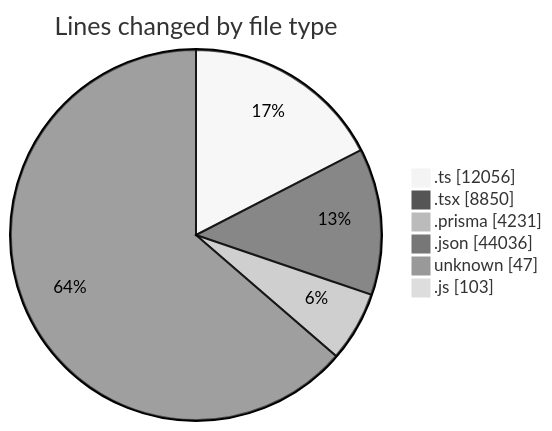
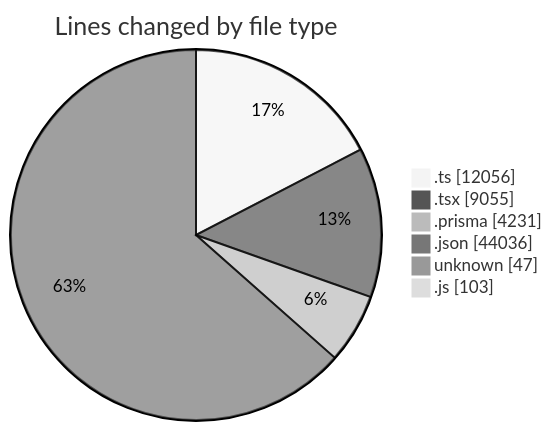
One commit to CELIANVF/code-tracking changed the first of 2 diagrams in 2025-05-19/ecodeli-1/README.md. Above: the diagram before and after it, drawn with Mermaid (neutral theme). The commit also changed other lines of this file and 1 other file, not shown here.

````diff
--- a/2025-05-19/ecodeli-1/README.md
+++ b/2025-05-19/ecodeli-1/README.md
@@ -88,10 +89,10 @@
 ```mermaid
 pie showData
 title Lines changed by file type
 ".ts" : 12056
-".tsx" : 8850
+".tsx" : 9055
 ".prisma" : 4231
 ".json" : 44036
 "unknown" : 47
 ".js" : 103
 ```
````
